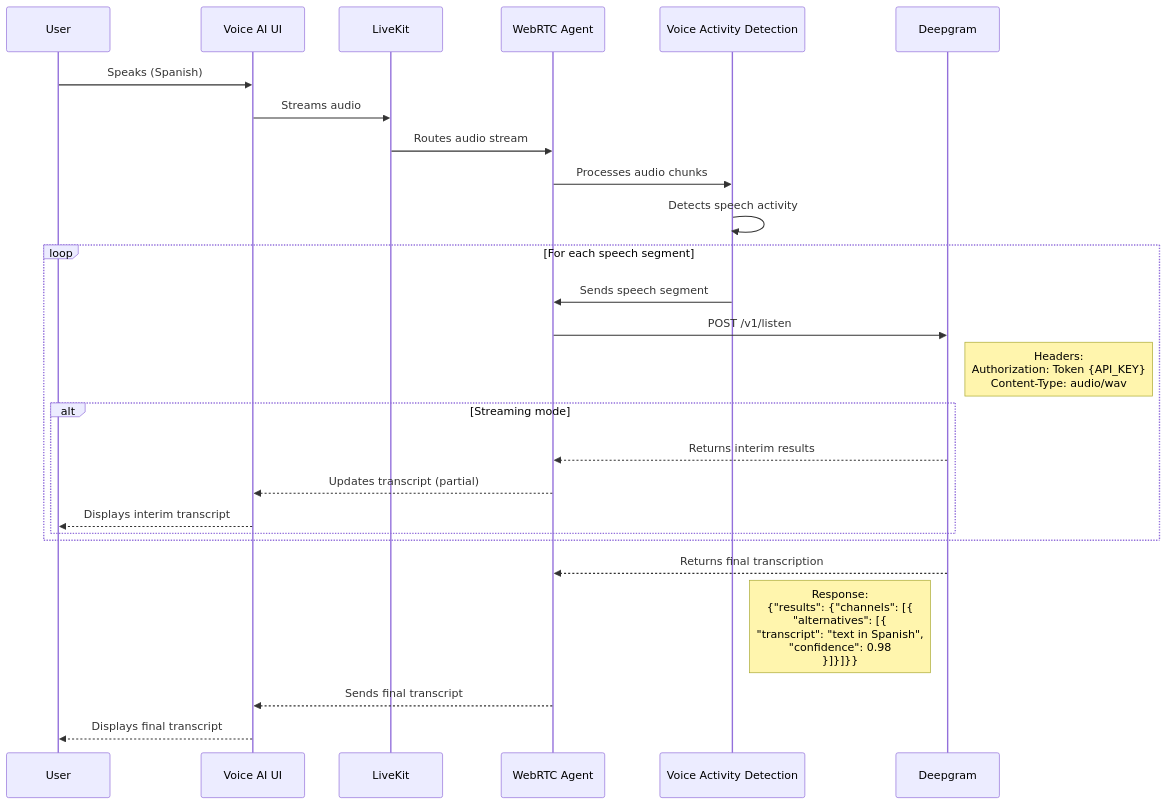
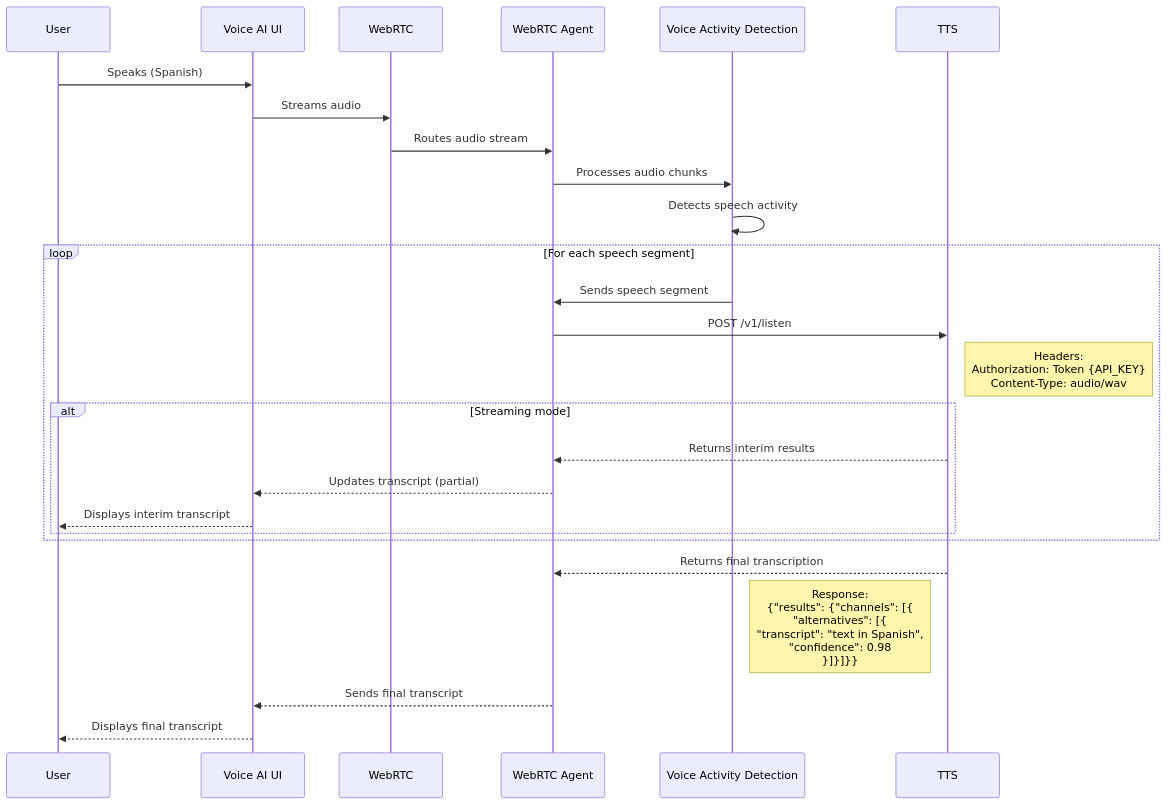
One commit to geniaops/TainaDocs changed the first of 8 diagrams in docs/architecture/integration/2.6_API_Flow_Diagrams.md. Above: the diagram before and after it, drawn with Mermaid. The commit also changed other lines of this file and 17 other files, not shown here.

````diff
--- a/docs/architecture/integration/2.6_API_Flow_Diagrams.md
+++ b/docs/architecture/integration/2.6_API_Flow_Diagrams.md
@@ -15,33 +15,33 @@
 ```mermaid
 sequenceDiagram
     participant User
     participant Frontend as Voice AI UI
-    participant LiveKit
+    participant WebRTC
     participant Backend as WebRTC Agent
     participant VAD as Voice Activity Detection
-    participant Deepgram
+    participant TTS
     
     User->>Frontend: Speaks (Spanish)
-    Frontend->>LiveKit: Streams audio
-    LiveKit->>Backend: Routes audio stream
+    Frontend->>WebRTC: Streams audio
+    WebRTC->>Backend: Routes audio stream
     Backend->>VAD: Processes audio chunks
     VAD->>VAD: Detects speech activity
     
     loop For each speech segment
         VAD->>Backend: Sends speech segment
-        Backend->>Deepgram: POST /v1/listen
-        Note right of Deepgram: Headers:<br/>Authorization: Token {API_KEY}<br/>Content-Type: audio/wav
+        Backend->>TTS: POST /v1/listen
+        Note right of TTS: Headers:<br/>Authorization: Token {API_KEY}<br/>Content-Type: audio/wav
         
         alt Streaming mode
-            Deepgram-->>Backend: Returns interim results
+            TTS-->>Backend: Returns interim results
             Backend-->>Frontend: Updates transcript (partial)
             Frontend-->>User: Displays interim transcript
         end
     end
     
-    Deepgram-->>Backend: Returns final transcription
-    Note left of Deepgram: Response:<br/>{"results": {"channels": [{<br/>"alternatives": [{<br/>"transcript": "text in Spanish",<br/>"confidence": 0.98<br/>}]}]}}
+    TTS-->>Backend: Returns final transcription
+    Note left of TTS: Response:<br/>{"results": {"channels": [{<br/>"alternatives": [{<br/>"transcript": "text in Spanish",<br/>"confidence": 0.98<br/>}]}]}}
     
     Backend-->>Frontend: Sends final transcript
     Frontend-->>User: Displays final transcript
 ```
````
